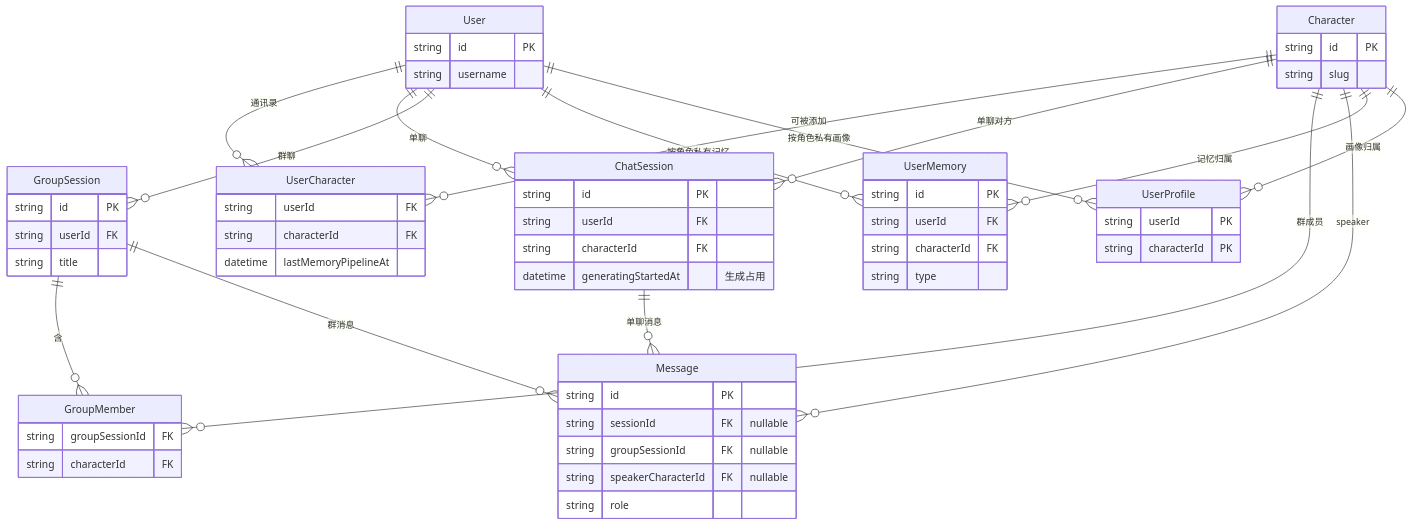
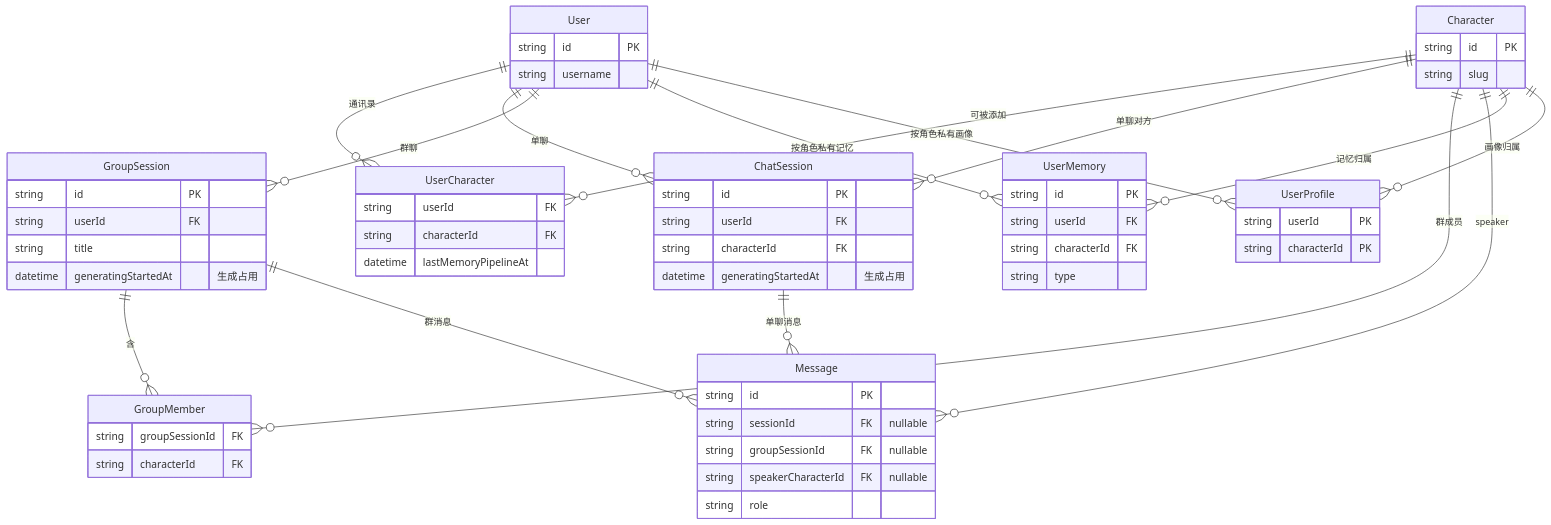
Before and after one commit to lilialab/lilia: the diagram in docs/data-model.md, drawn with Mermaid. The commit also changed other lines of this file and 9 other files, not shown here.

````diff
--- a/docs/data-model.md
+++ b/docs/data-model.md
@@ -9,73 +9,74 @@
 ```mermaid
 erDiagram
   User ||--o{ UserCharacter : "通讯录"
   User ||--o{ ChatSession : "单聊"
   User ||--o{ GroupSession : "群聊"
   User ||--o{ UserMemory : "按角色私有记忆"
   User ||--o{ UserProfile : "按角色私有画像"
 
   Character ||--o{ UserCharacter : "可被添加"
   Character ||--o{ ChatSession : "单聊对方"
   Character ||--o{ GroupMember : "群成员"
   Character ||--o{ Message : "speaker"
   Character ||--o{ UserMemory : "记忆归属"
   Character ||--o{ UserProfile : "画像归属"
 
   ChatSession ||--o{ Message : "单聊消息"
   GroupSession ||--o{ GroupMember : "含"
   GroupSession ||--o{ Message : "群消息"
 
   User {
     string id PK
     string username
   }
 
   Character {
     string id PK
     string slug
   }
 
   UserCharacter {
     string userId FK
     string characterId FK
     datetime lastMemoryPipelineAt
   }
 
   ChatSession {
     string id PK
     string userId FK
     string characterId FK
     datetime generatingStartedAt "生成占用"
   }
 
   GroupSession {
     string id PK
     string userId FK
     string title
+    datetime generatingStartedAt "生成占用"
   }
 
   GroupMember {
     string groupSessionId FK
     string characterId FK
   }
 
   Message {
     string id PK
     string sessionId FK "nullable"
     string groupSessionId FK "nullable"
     string speakerCharacterId FK "nullable"
     string role
   }
 
   UserMemory {
     string id PK
     string userId FK
     string characterId FK
     string type
   }
 
   UserProfile {
     string userId PK
     string characterId PK
   }
 ```
````
